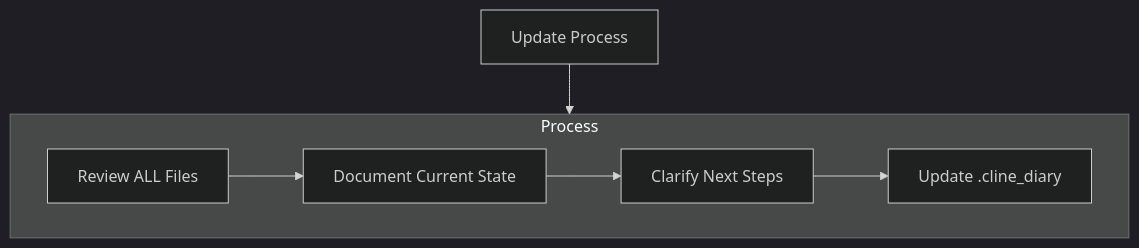
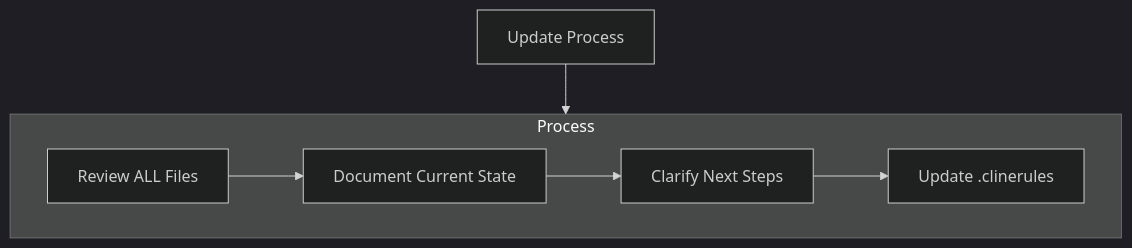
One commit to Inkmortal/LLM_Benchmarking changed the fourth of 5 diagrams in Dan_Notes/Cline_Instructions.md. Above: the diagram before and after it, drawn with Mermaid (dark theme). The commit also changed other lines of this file and 11 other files, not shown here.

Commit message:
implemented inital graphrag

````diff
--- a/Dan_Notes/Cline_Instructions.md
+++ b/Dan_Notes/Cline_Instructions.md
@@ -135,15 +124,15 @@
 ```mermaid
 flowchart TD
     Start[Update Process]
     
     subgraph Process
         P1[Review ALL Files]
         P2[Document Current State]
         P3[Clarify Next Steps]
-        P4[Update .cline_diary]
+        P4[Update .clinerules]
         
         P1 --> P2 --> P3 --> P4
     end
     
     Start --> Process
 ```
````
